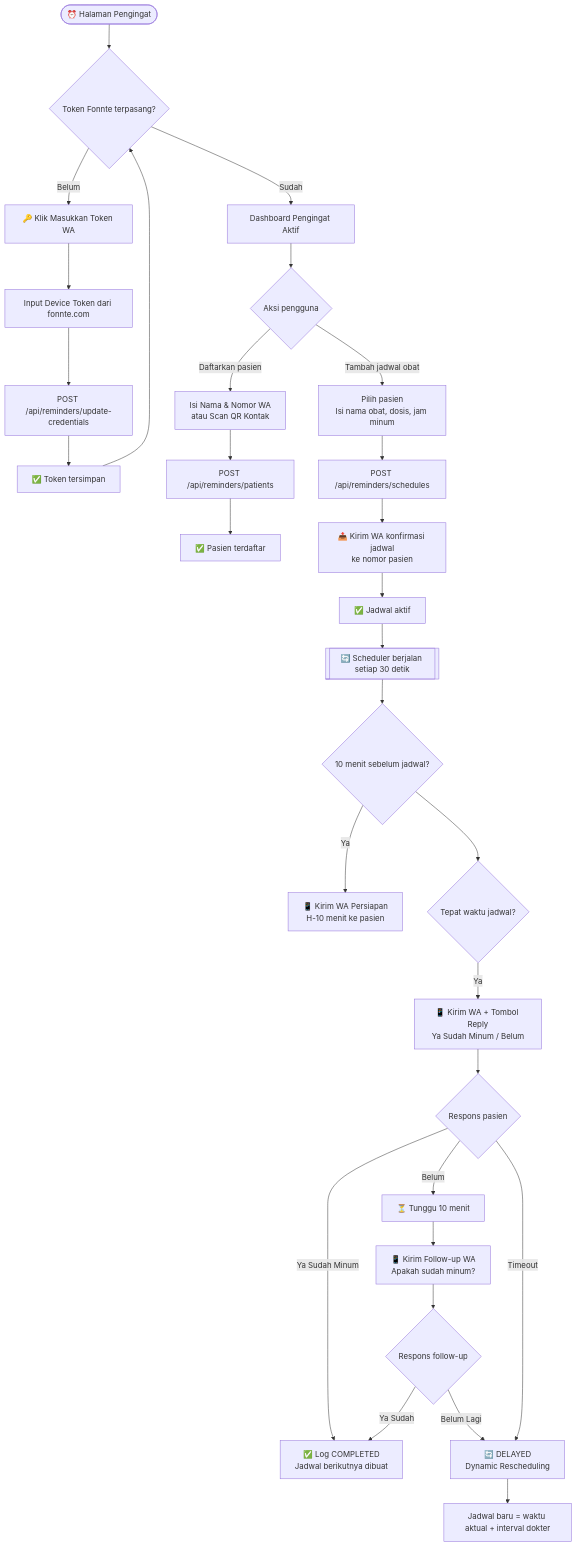
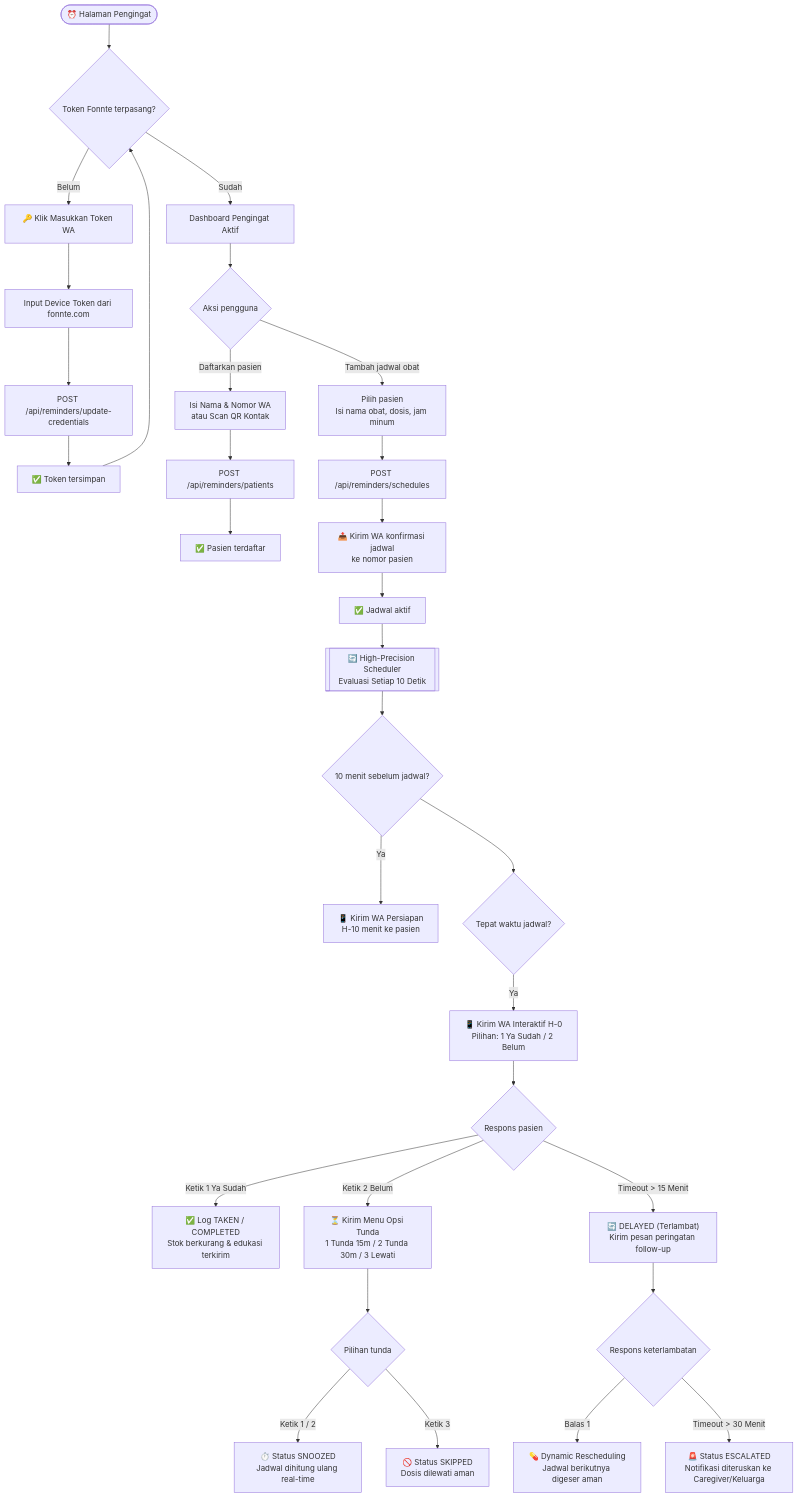
One commit to rifqiaunur666/pharmashield-project changed the fourth of 8 diagrams in README.md. Above: the diagram before and after it, drawn with Mermaid. The commit also changed other lines of this file and 11 other files, not shown here.

````diff
--- a/README.md
+++ b/README.md
@@ -200,35 +244,36 @@
 ```mermaid
 flowchart TD
     A([⏰ Halaman Pengingat]) --> B{Token Fonnte terpasang?}
     B -- Belum --> C[🔑 Klik Masukkan Token WA]
     C --> D[Input Device Token dari fonnte.com]
     D --> E[POST /api/reminders/update-credentials]
     E --> F[✅ Token tersimpan]
     F --> B
     B -- Sudah --> G[Dashboard Pengingat Aktif]
     G --> H{Aksi pengguna}
 
-    H -- Daftarkan pasien --> I[Isi Nama & Nomor WA\natau Scan QR Kontak]
+    H -- Daftarkan pasien --> I["Isi Nama & Nomor WA<br/>atau Scan QR Kontak"]
     I --> J[POST /api/reminders/patients]
     J --> K[✅ Pasien terdaftar]
 
-    H -- Tambah jadwal obat --> L[Pilih pasien\nIsi nama obat, dosis, jam minum]
+    H -- Tambah jadwal obat --> L["Pilih pasien<br/>Isi nama obat, dosis, jam minum"]
     L --> M[POST /api/reminders/schedules]
-    M --> N[📤 Kirim WA konfirmasi jadwal\nke nomor pasien]
+    M --> N["📤 Kirim WA konfirmasi jadwal<br/>ke nomor pasien"]
     N --> O[✅ Jadwal aktif]
 
-    O --> P[[🔄 Scheduler berjalan setiap 30 detik]]
+    O --> P[["🔄 High-Precision Scheduler<br/>Evaluasi Setiap 10 Detik"]]
     P --> Q{10 menit sebelum jadwal?}
-    Q -- Ya --> R[📱 Kirim WA Persiapan\nH-10 menit ke pasien]
+    Q -- Ya --> R["📱 Kirim WA Persiapan<br/>H-10 menit ke pasien"]
     Q --> S{Tepat waktu jadwal?}
-    S -- Ya --> T[📱 Kirim WA + Tombol Reply\nYa Sudah Minum / Belum]
+    S -- Ya --> T["📱 Kirim WA Interaktif H-0<br/>Pilihan: 1 Ya Sudah / 2 Belum"]
     T --> U{Respons pasien}
-    U -- Ya Sudah Minum --> V[✅ Log COMPLETED\nJadwal berikutnya dibuat]
-    U -- Belum --> W[⏳ Tunggu 10 menit]
-    W --> X[📱 Kirim Follow-up WA\nApakah sudah minum?]
-    X --> Y{Respons follow-up}
-    Y -- Ya Sudah --> V
-    Y -- Belum Lagi --> Z[🔄 DELAYED\nDynamic Rescheduling]
-    Z --> AA[Jadwal baru = waktu aktual + interval dokter]
-    U -- Timeout --> Z
+    U -- Ketik 1 Ya Sudah --> V["✅ Log TAKEN / COMPLETED<br/>Stok berkurang & edukasi terkirim"]
+    U -- Ketik 2 Belum --> W["⏳ Kirim Menu Opsi Tunda<br/>1 Tunda 15m / 2 Tunda 30m / 3 Lewati"]
+    W --> X{Pilihan tunda}
+    X -- Ketik 1 / 2 --> Y["⏱️ Status SNOOZED<br/>Jadwal dihitung ulang real-time"]
+    X -- Ketik 3 --> SK["🚫 Status SKIPPED<br/>Dosis dilewati aman"]
+    U -- Timeout > 15 Menit --> Z["🔄 DELAYED (Terlambat)<br/>Kirim pesan peringatan follow-up"]
+    Z --> AA{Respons keterlambatan}
+    AA -- Balas 1 --> DR["💊 Dynamic Rescheduling<br/>Jadwal berikutnya digeser aman"]
+    AA -- Timeout > 30 Menit --> ESC["🚨 Status ESCALATED<br/>Notifikasi diteruskan ke Caregiver/Keluarga"]
 ```
````
